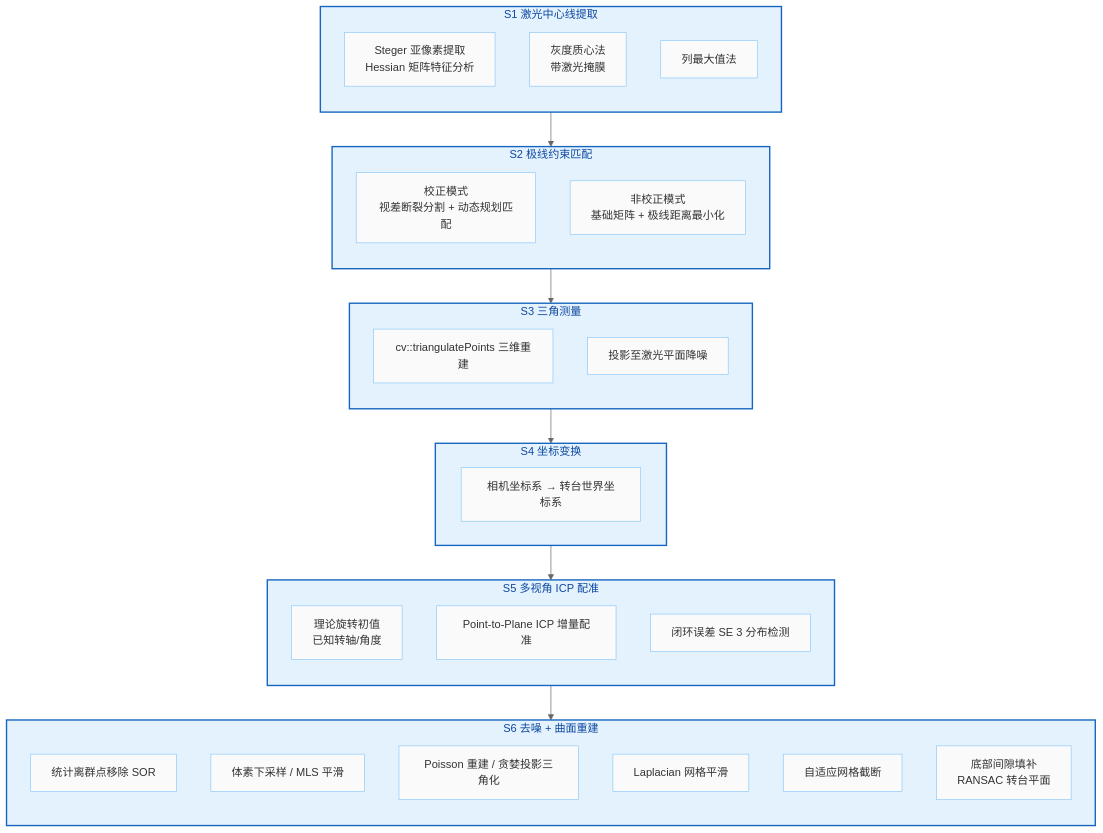
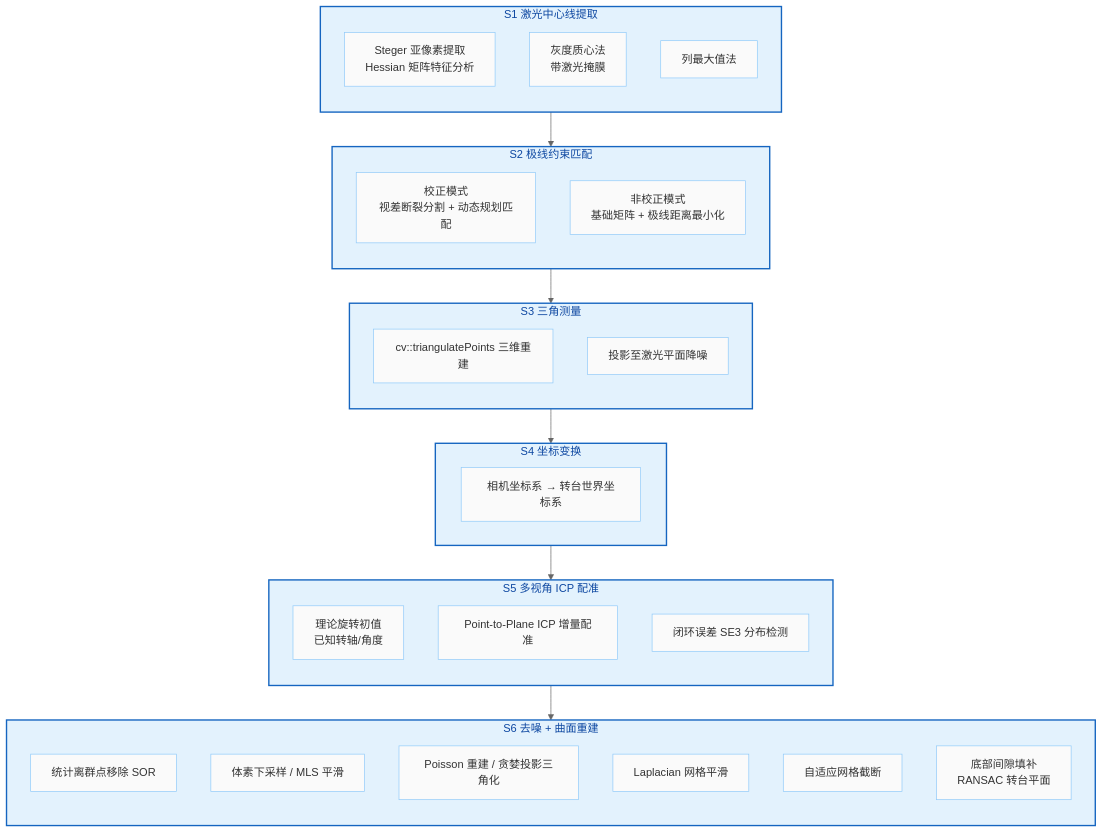
One commit to Entzauberung-X/3D-reconstruction changed the second of 2 diagrams in README.md. Above: the diagram before and after it, drawn with Mermaid (neutral theme). The commit also changed other lines of this file, not shown here.

````diff
--- a/README.md
+++ b/README.md
@@ -70,58 +70,58 @@
 ```mermaid
 flowchart TD
     %% 定义样式
     classDef mainNode fill:#e3f2fd,stroke:#1565c0,stroke-width:2px,color:#0d47a1
     classDef subNode fill:#fafafa,stroke:#90caf9,stroke-width:1px,color:#333
 
     %% S1 模块
     subgraph S1 [S1 激光中心线提取]
         direction TB
         S1_1[Steger 亚像素提取<br/>Hessian 矩阵特征分析]:::subNode
         S1_2[灰度质心法<br/>带激光掩膜]:::subNode
         S1_3[列最大值法]:::subNode
     end
 
     %% S2 模块
     subgraph S2 [S2 极线约束匹配]
         direction TB
         S2_1[校正模式<br/>视差断裂分割 + 动态规划匹配]:::subNode
         S2_2[非校正模式<br/>基础矩阵 + 极线距离最小化]:::subNode
     end
 
     %% S3 模块
     subgraph S3 [S3 三角测量]
         direction TB
         S3_1[cv::triangulatePoints 三维重建]:::subNode
         S3_2[投影至激光平面降噪]:::subNode
     end
 
     %% S4 模块
     subgraph S4 [S4 坐标变换]
         S4_1[相机坐标系 → 转台世界坐标系]:::subNode
     end
 
     %% S5 模块
     subgraph S5 [S5 多视角 ICP 配准]
         direction TB
         S5_1[理论旋转初值<br/>已知转轴/角度]:::subNode
         S5_2[Point-to-Plane ICP 增量配准]:::subNode
-        S5_3[闭环误差 SE 3 分布检测]:::subNode
+        S5_3[闭环误差 SE3 分布检测]:::subNode
     end
 
     %% S6 模块
     subgraph S6 [S6 去噪 + 曲面重建]
         direction TB
         S6_1[统计离群点移除 SOR]:::subNode
         S6_2[体素下采样 / MLS 平滑]:::subNode
         S6_3[Poisson 重建 / 贪婪投影三角化]:::subNode
         S6_4[Laplacian 网格平滑]:::subNode
         S6_5[自适应网格截断]:::subNode
         S6_6[底部间隙填补<br/>RANSAC 转台平面]:::subNode
     end
 
     %% 主流程连接
     S1 --> S2 --> S3 --> S4 --> S5 --> S6
 
     %% 应用样式
     class S1,S2,S3,S4,S5,S6 mainNode
 ```
````
